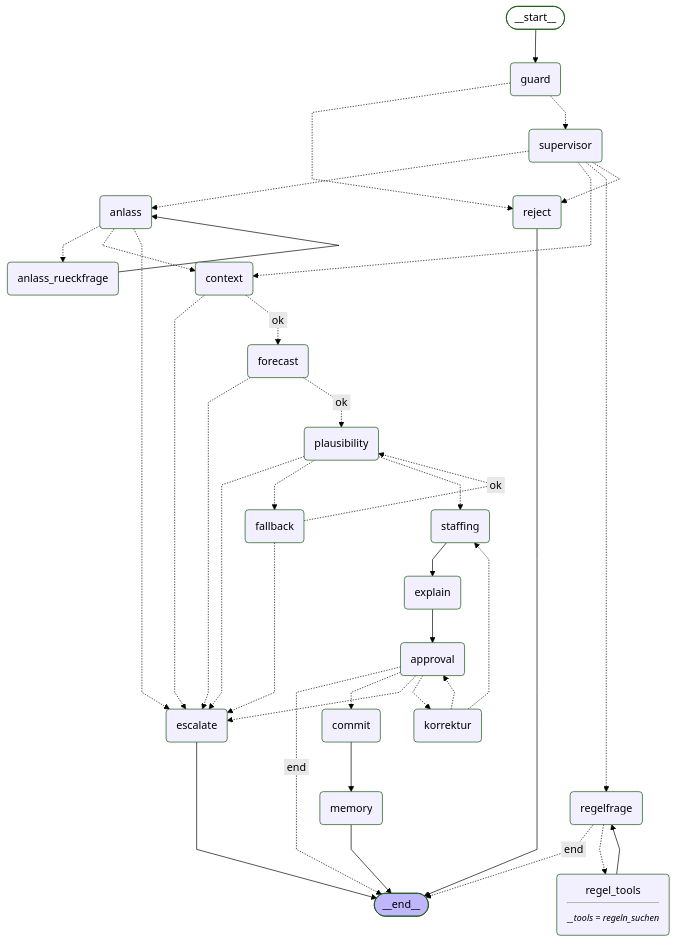
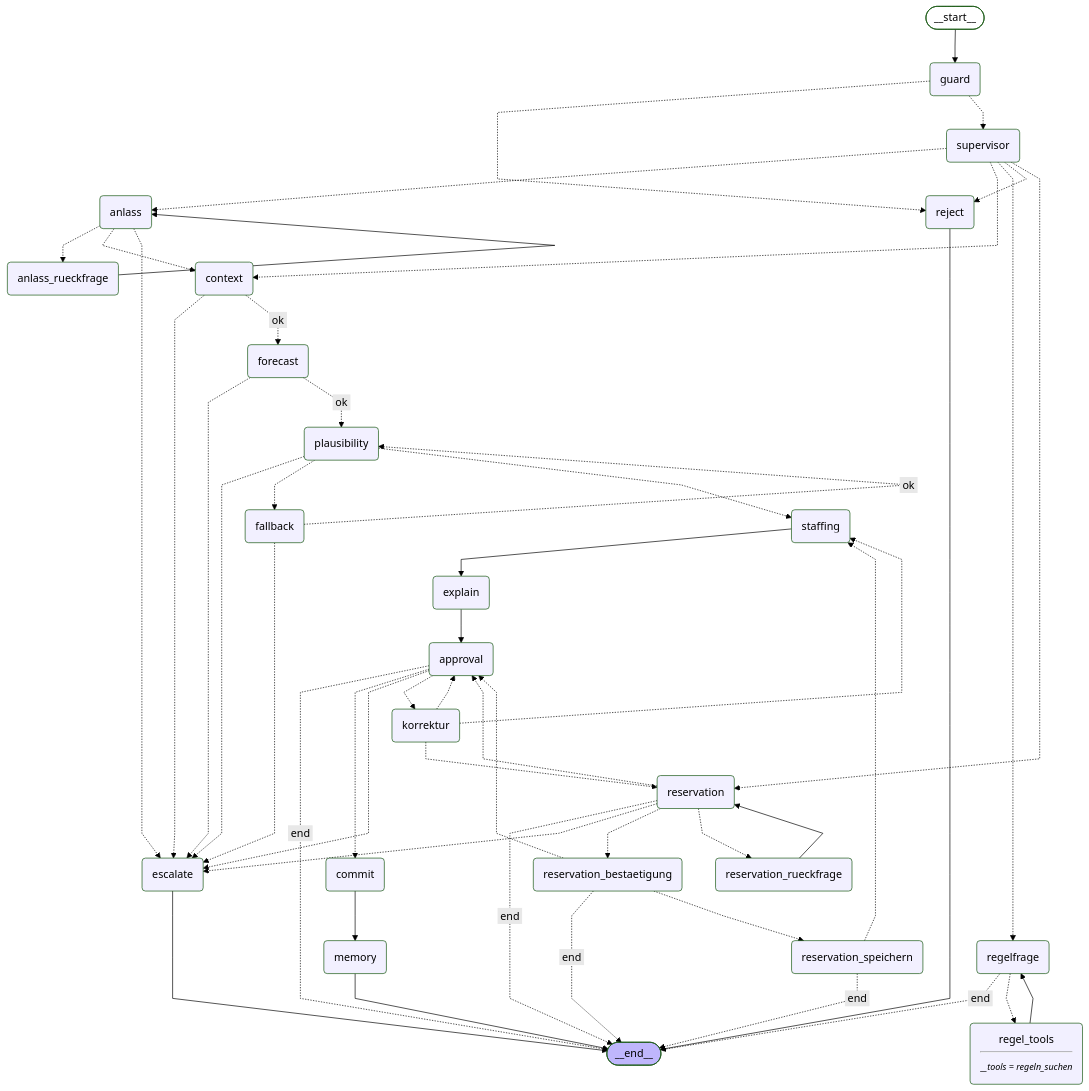
One commit to GenAI-BAI-2026HS/gastroplanner changed the diagram in docs/graph.mmd. Above: the diagram before and after it, drawn with Mermaid (forest theme). The commit also changed 13 other files, not shown here.

```diff
--- a/docs/graph.mmd
+++ b/docs/graph.mmd
@@ -1,64 +1,81 @@
 ---
 config:
   flowchart:
     curve: linear
 ---
 graph TD;
 	__start__([<p>__start__</p>]):::first
 	guard(guard)
 	reject(reject)
 	supervisor(supervisor)
 	regelfrage(regelfrage)
 	regel_tools(regel_tools<hr/><small><em>__tools = regeln_suchen</em></small>)
 	anlass(anlass)
 	anlass_rueckfrage(anlass_rueckfrage)
+	reservation(reservation)
+	reservation_rueckfrage(reservation_rueckfrage)
+	reservation_bestaetigung(reservation_bestaetigung)
+	reservation_speichern(reservation_speichern)
 	context(context)
 	forecast(forecast)
 	plausibility(plausibility)
 	fallback(fallback)
 	staffing(staffing)
 	explain(explain)
 	approval(approval)
 	korrektur(korrektur)
 	commit(commit)
 	memory(memory)
 	escalate(escalate)
 	__end__([<p>__end__</p>]):::last
 	__start__ --> guard;
 	anlass -.-> anlass_rueckfrage;
 	anlass -.-> context;
 	anlass -.-> escalate;
 	anlass_rueckfrage --> anlass;
 	approval -. &nbsp;end&nbsp; .-> __end__;
 	approval -.-> commit;
 	approval -.-> escalate;
 	approval -.-> korrektur;
 	commit --> memory;
 	context -.-> escalate;
 	context -. &nbsp;ok&nbsp; .-> forecast;
 	explain --> approval;
 	fallback -.-> escalate;
 	fallback -. &nbsp;ok&nbsp; .-> plausibility;
 	forecast -.-> escalate;
 	forecast -. &nbsp;ok&nbsp; .-> plausibility;
 	guard -.-> reject;
 	guard -.-> supervisor;
 	korrektur -.-> approval;
+	korrektur -.-> reservation;
 	korrektur -.-> staffing;
 	plausibility -.-> escalate;
 	plausibility -.-> fallback;
 	plausibility -.-> staffing;
 	regel_tools --> regelfrage;
 	regelfrage -. &nbsp;end&nbsp; .-> __end__;
 	regelfrage -.-> regel_tools;
+	reservation -. &nbsp;end&nbsp; .-> __end__;
+	reservation -.-> approval;
+	reservation -.-> escalate;
+	reservation -.-> reservation_bestaetigung;
+	reservation -.-> reservation_rueckfrage;
+	reservation_bestaetigung -. &nbsp;end&nbsp; .-> __end__;
+	reservation_bestaetigung -.-> approval;
+	reservation_bestaetigung -.-> reservation_speichern;
+	reservation_rueckfrage --> reservation;
+	reservation_speichern -. &nbsp;end&nbsp; .-> __end__;
+	reservation_speichern -.-> staffing;
 	staffing --> explain;
 	supervisor -.-> anlass;
 	supervisor -.-> context;
 	supervisor -.-> regelfrage;
 	supervisor -.-> reject;
+	supervisor -.-> reservation;
 	escalate --> __end__;
 	memory --> __end__;
 	reject --> __end__;
 	classDef default fill:#f2f0ff,line-height:1.2
 	classDef first fill-opacity:0
 	classDef last fill:#bfb6fc
```
